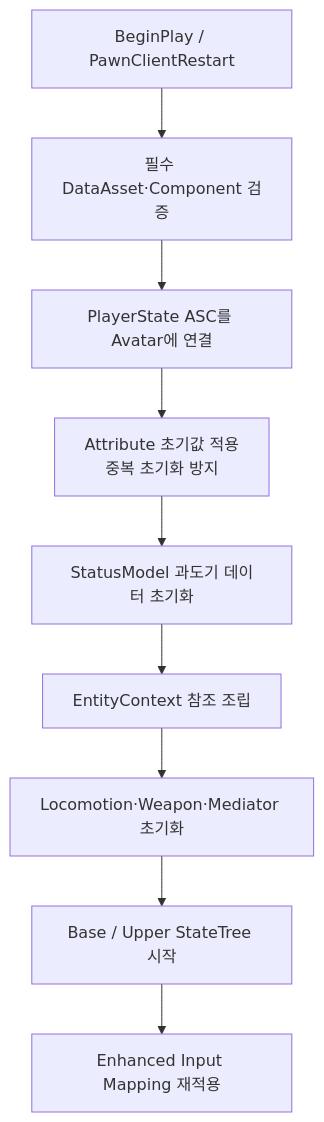
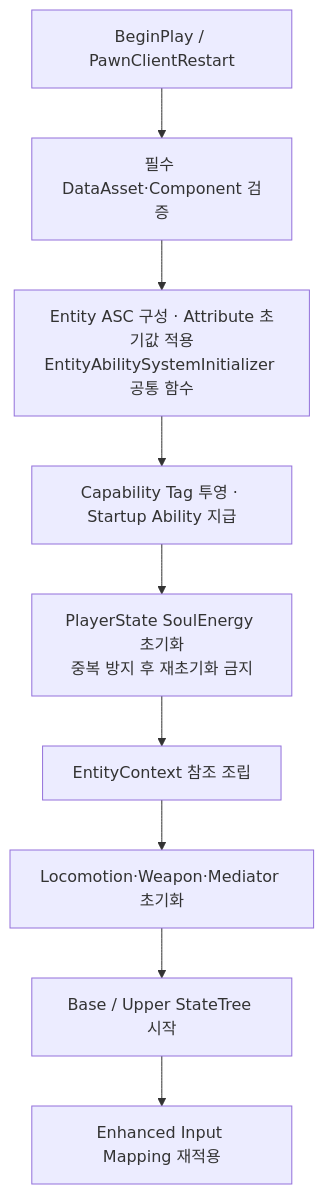
One commit to liang2papa/Astra_Docs changed the third of 3 diagrams in Wiki/03_시스템 설계/시스템 아키텍처.md. Above: the diagram before and after it, drawn with Mermaid. The commit also changed other lines of this file and 13 other files, not shown here.

````diff
--- a/Wiki/03_시스템 설계/시스템 아키텍처.md
+++ b/Wiki/03_시스템 설계/시스템 아키텍처.md
@@ -181,11 +199,11 @@
 ```mermaid
 flowchart TD
     A["BeginPlay / PawnClientRestart"] --> B["필수 DataAsset·Component 검증"]
-    B --> C["PlayerState ASC를 Avatar에 연결"]
-    C --> D["Attribute 초기값 적용\n중복 초기화 방지"]
-    D --> E["StatusModel 과도기 데이터 초기화"]
+    B --> C["Entity ASC 구성 · Attribute 초기값 적용\nEntityAbilitySystemInitializer 공통 함수"]
+    C --> D["Capability Tag 투영 · Startup Ability 지급"]
+    D --> E["PlayerState SoulEnergy 초기화\n중복 방지 후 재초기화 금지"]
     E --> F["EntityContext 참조 조립"]
     F --> G["Locomotion·Weapon·Mediator 초기화"]
     G --> H["Base / Upper StateTree 시작"]
     H --> I["Enhanced Input Mapping 재적용"]
 ```
````
